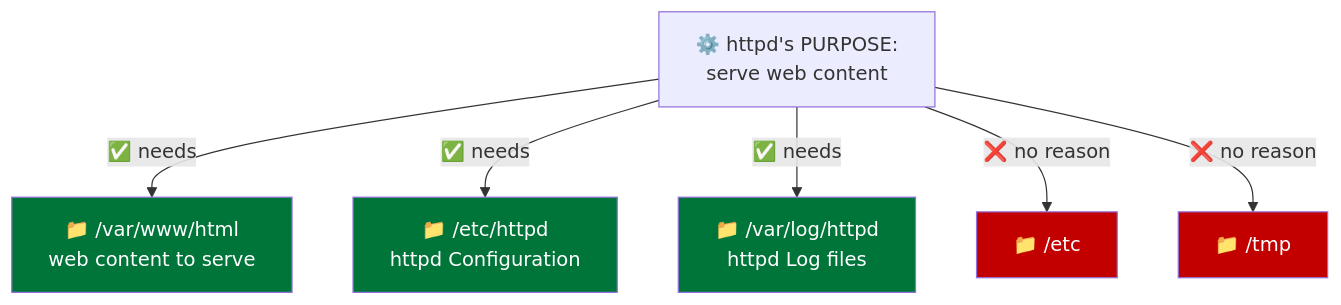
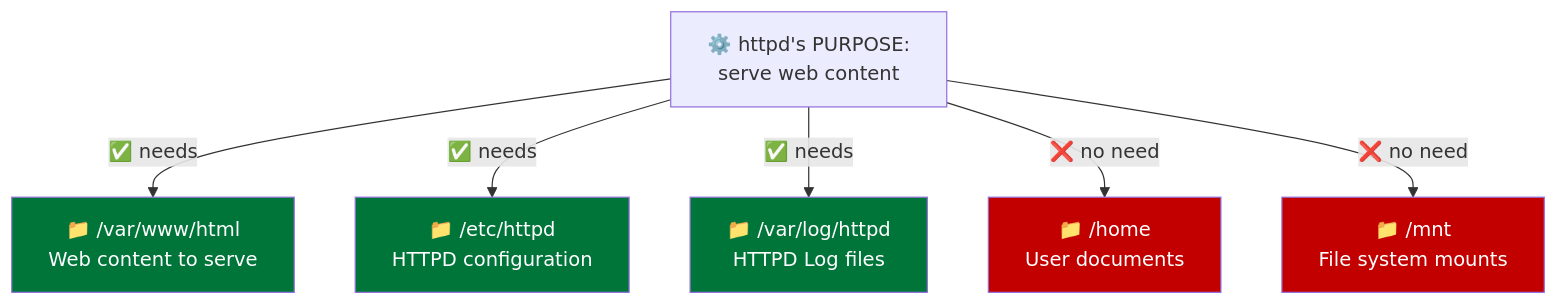
The second of 5 diagrams in course/chapters/rh134-ch06-managing-security-with-selinux/selinux-concepts.md (seantwie03/SCC-IT-230), drawn with Mermaid before and after one commit. The commit also changed other lines of this file and 33 other files, not shown here.

````diff
--- a/course/chapters/rh134-ch06-managing-security-with-selinux/selinux-concepts.md
+++ b/course/chapters/rh134-ch06-managing-security-with-selinux/selinux-concepts.md
@@ -66,14 +68,14 @@
 ```mermaid {scale: 0.75}
 graph TD
     H["⚙️ httpd's PURPOSE:<br/>serve web content"]
-    H -->|"✅ needs"| A["📁 /var/www/html<br/>web content to serve"]
-    H -->|"✅ needs"| B["📁 /etc/httpd<br/>httpd Configuration"]
-    H -->|"✅ needs"| C["📁 /var/log/httpd<br/>httpd Log files"]
-    H -->|"❌ no reason"| D["📁 /etc"]
-    H -->|"❌ no reason"| E["📁 /tmp"]
+    H -->|"✅ needs"| A["📁 /var/www/html<br/>Web content to serve"]
+    H -->|"✅ needs"| B["📁 /etc/httpd<br/>HTTPD configuration"]
+    H -->|"✅ needs"| C["📁 /var/log/httpd<br/>HTTPD Log files"]
+    H -->|"❌ no need"| D["📁 /home<br/>User documents"]
+    H -->|"❌ no need"| E["📁 /mnt<br/>File system mounts"]
     style A fill:#00753a,color:#fff
     style B fill:#00753a,color:#fff
     style C fill:#00753a,color:#fff
     style D fill:#c30000,color:#fff
     style E fill:#c30000,color:#fff
 ```
````
